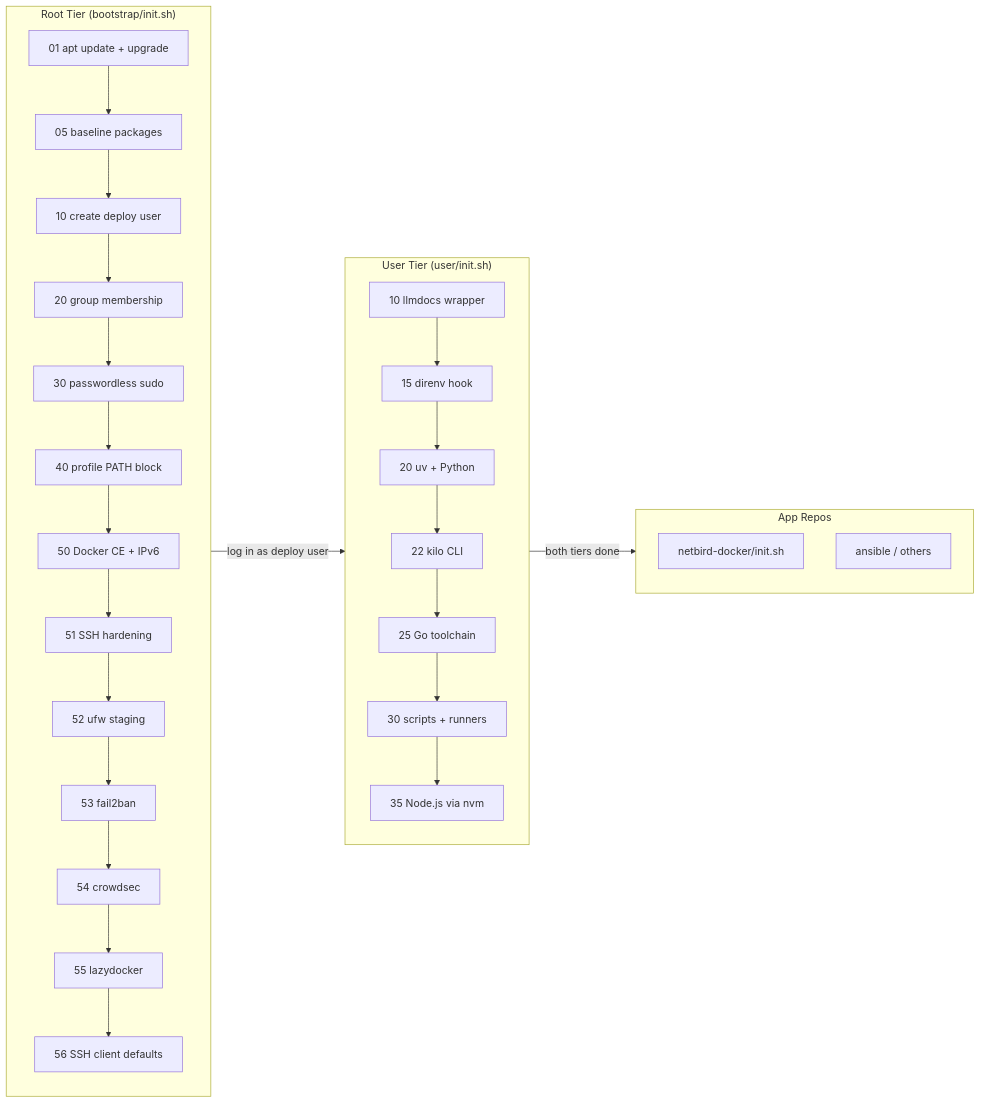
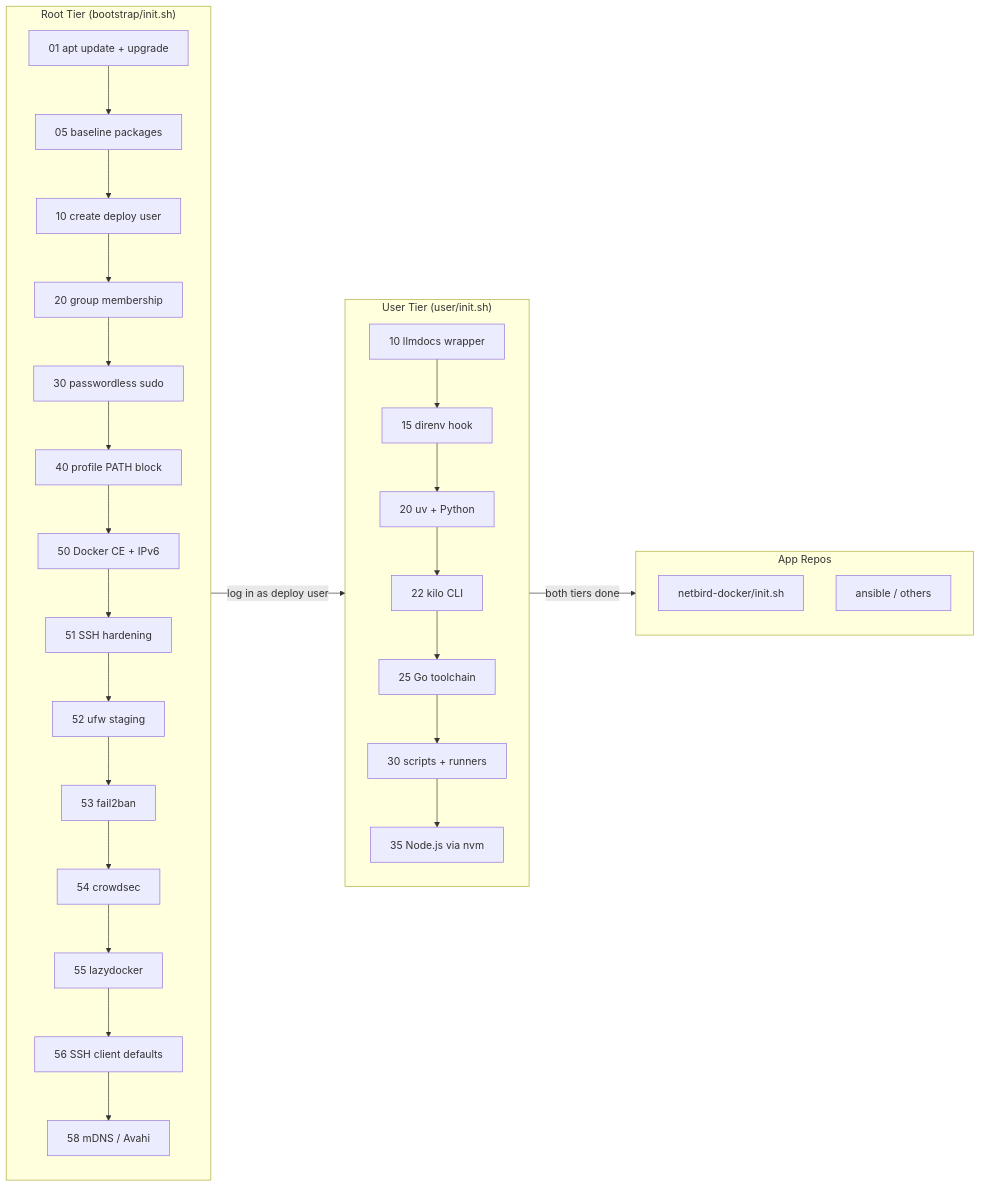
Before and after one commit to broadminde-org/bootstrap: the second of 3 diagrams in codemap.md, drawn with Mermaid. The commit also changed other lines of this file and 3 other files, not shown here.

````diff
--- a/codemap.md
+++ b/codemap.md
@@ -59,41 +60,42 @@
 ```mermaid
 flowchart LR
     subgraph Root["Root Tier (bootstrap/init.sh)"]
         direction TB
         R1["01 apt update + upgrade"]
         R2["05 baseline packages"]
         R3["10 create deploy user"]
         R4["20 group membership"]
         R5["30 passwordless sudo"]
         R6["40 profile PATH block"]
         R7["50 Docker CE + IPv6"]
         R8["51 SSH hardening"]
         R9["52 ufw staging"]
         R10["53 fail2ban"]
         R11["54 crowdsec"]
         R12["55 lazydocker"]
         R13["56 SSH client defaults"]
-        R1 --> R2 --> R3 --> R4 --> R5 --> R6 --> R7 --> R8 --> R9 --> R10 --> R11 --> R12 --> R13
+        R14["58 mDNS / Avahi"]
+        R1 --> R2 --> R3 --> R4 --> R5 --> R6 --> R7 --> R8 --> R9 --> R10 --> R11 --> R12 --> R13 --> R14
     end
 
     subgraph User["User Tier (user/init.sh)"]
         direction TB
         U1["10 llmdocs wrapper"]
         U2["15 direnv hook"]
         U3["20 uv + Python"]
         U3b["22 kilo CLI"]
         U4["25 Go toolchain"]
         U5["30 scripts + runners"]
         U6["35 Node.js via nvm"]
         U1 --> U2 --> U3 --> U3b --> U4 --> U5 --> U6
     end
 
     subgraph Apps["App Repos"]
         direction TB
         A1["netbird-docker/init.sh"]
         A2["ansible / others"]
     end
 
     Root -->|"log in as deploy user"| User
     User -->|"both tiers done"| Apps
 ```
````
